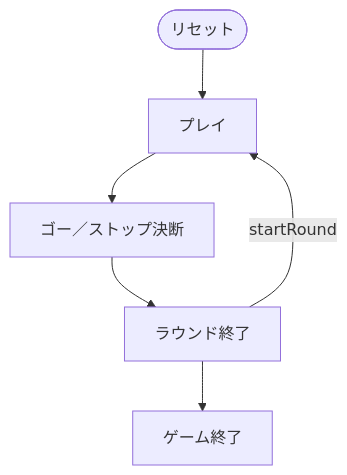
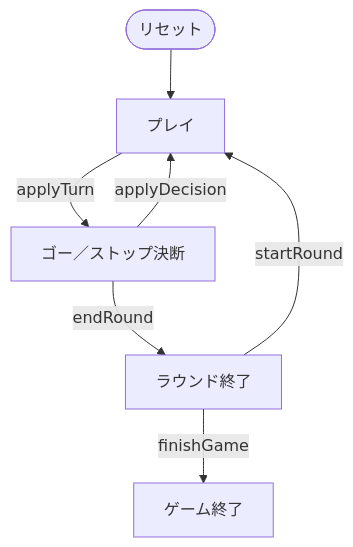
One commit to yuta-yoshinaga/go_trumpcards changed the diagram in docs/manual/cui/gostop.md. Above: the diagram before and after it, drawn with Mermaid. The commit also changed 53 other files, not shown here.

````diff
--- a/docs/manual/cui/gostop.md
+++ b/docs/manual/cui/gostop.md
@@ -57,8 +57,13 @@
 ```mermaid
 flowchart TD
     S(["リセット"]) --> P0
-    P0["プレイ"] --> P1["ゴー／ストップ決断"]
-    P1["ゴー／ストップ決断"] --> P2["ラウンド終了"]
-    P2["ラウンド終了"] --> P3["ゲーム終了"]
+    P0["プレイ"]
+    P1["ゴー／ストップ決断"]
+    P2["ラウンド終了"]
+    P3["ゲーム終了"]
     P2 -->|startRound| P0
+    P0 -->|applyTurn| P1
+    P1 -->|applyDecision| P0
+    P1 -->|endRound| P2
+    P2 -->|finishGame| P3
 ```
````
